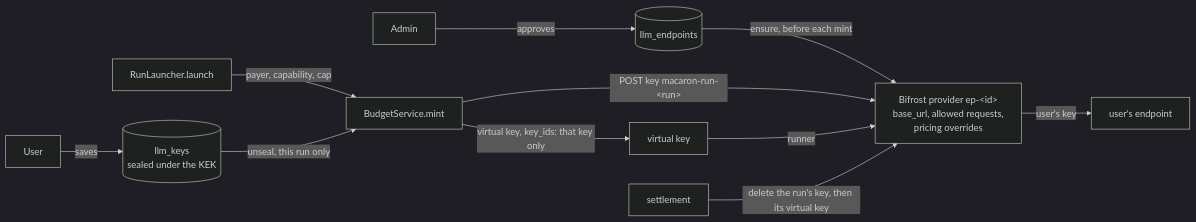
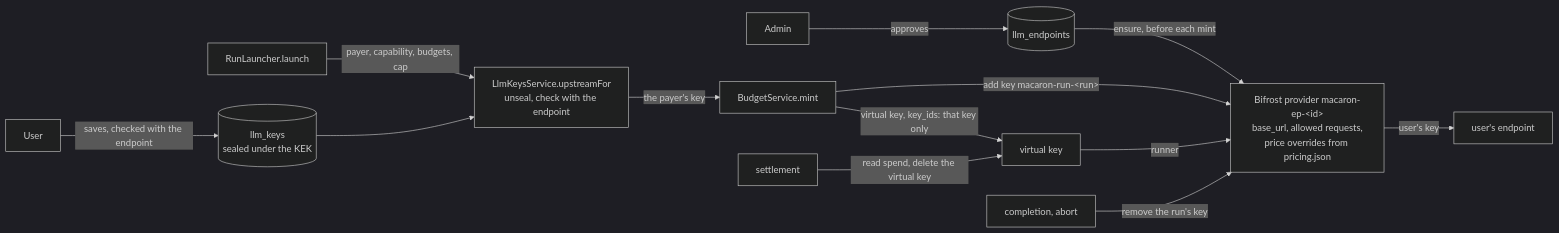
One commit to open-macaron/macaron changed the diagram in docs/USER-KEYS.md. Above: the diagram before and after it, drawn with Mermaid (dark theme). The commit also changed other lines of this file and 5 other files, not shown here.

````diff
--- a/docs/USER-KEYS.md
+++ b/docs/USER-KEYS.md
@@ -23,12 +23,14 @@
 ```mermaid
 flowchart LR
   Admin -->|approves| EP[(llm_endpoints)]
-  EP -->|ensure, before each mint| BP["Bifrost provider ep-&lt;id&gt;<br/>base_url, allowed requests,<br/>pricing overrides"]
-  User -->|saves| K[(llm_keys<br/>sealed under the KEK)]
-  Launch["RunLauncher.launch"] -->|payer, capability, cap| Mint["BudgetService.mint"]
-  K -->|unseal, this run only| Mint
-  Mint -->|POST key macaron-run-&lt;run&gt;| BP
+  EP -->|ensure, before each mint| BP["Bifrost provider macaron-ep-&lt;id&gt;<br/>base_url, allowed requests,<br/>price overrides from pricing.json"]
+  User -->|saves, checked with the endpoint| K[(llm_keys<br/>sealed under the KEK)]
+  Launch["RunLauncher.launch"] -->|payer, capability, budgets, cap| Check["LlmKeysService.upstreamFor<br/>unseal, check with the endpoint"]
+  K --> Check
+  Check -->|the payer's key| Mint["BudgetService.mint"]
+  Mint -->|add key macaron-run-&lt;run&gt;| BP
   Mint -->|virtual key, key_ids: that key only| VK[virtual key]
   VK -->|runner| BP -->|user's key| Upstream[user's endpoint]
-  Settle[settlement] -->|delete the run's key, then its virtual key| BP
+  Stop[completion, abort] -->|remove the run's key| BP
+  Settle[settlement] -->|read spend, delete the virtual key| VK
 ```
````
